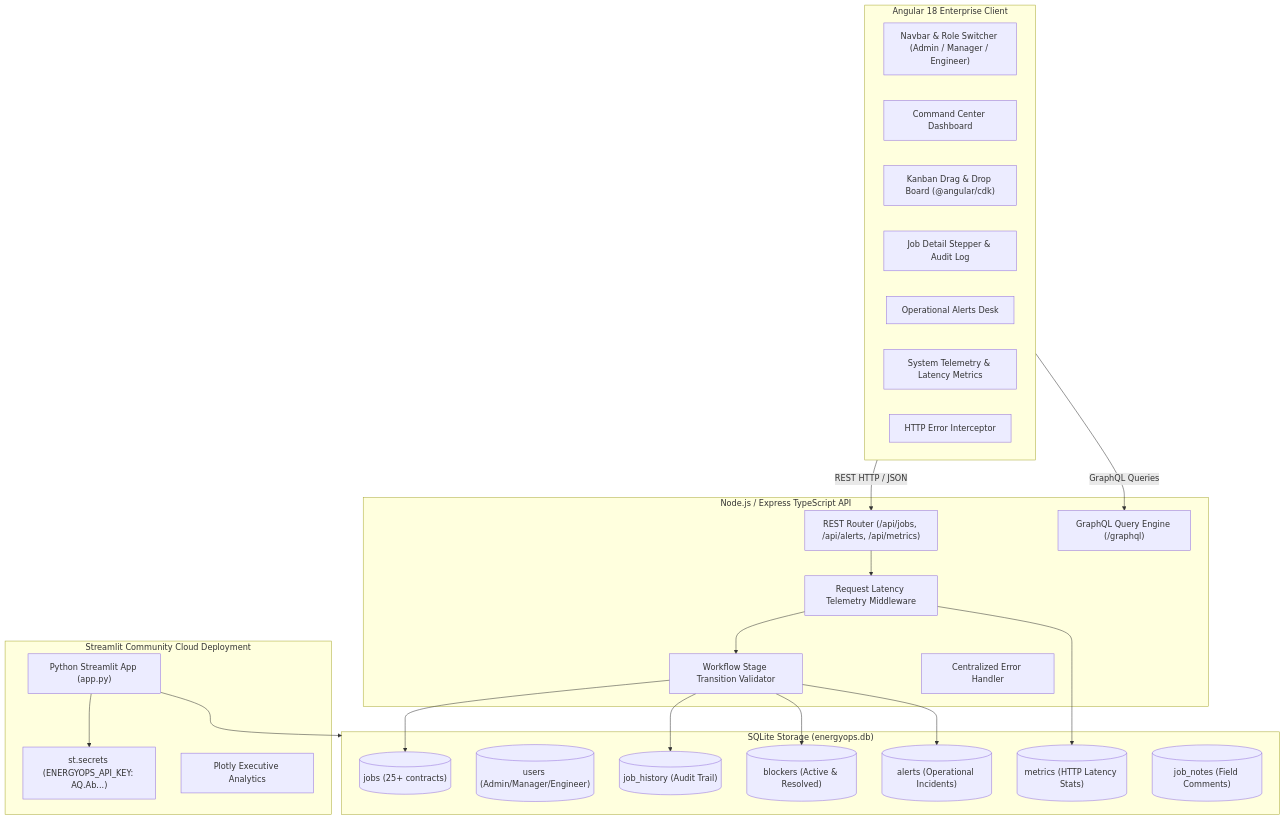
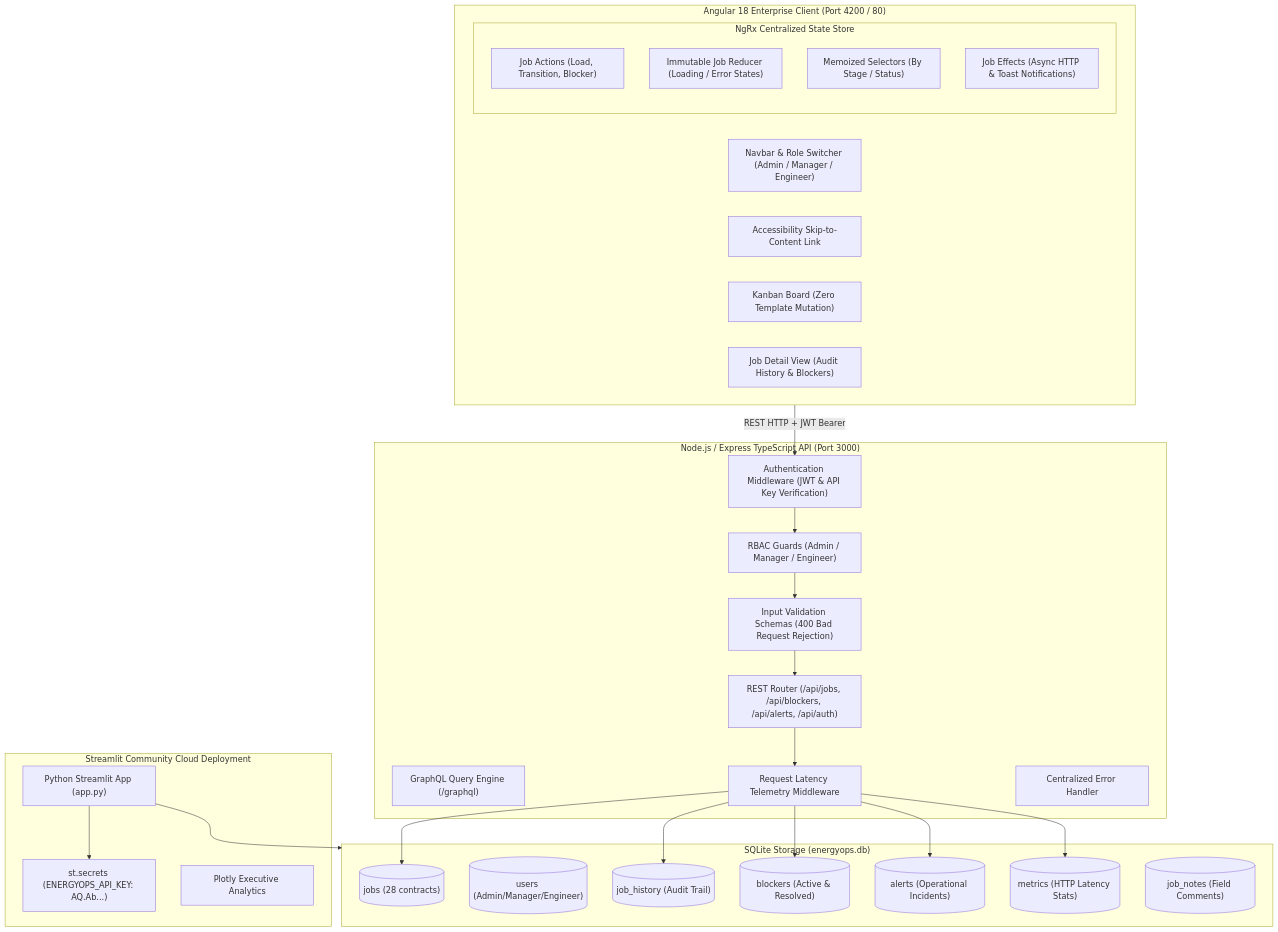
The first of 2 diagrams in README.md (Dhanya562004/energyops-workflow-platform), drawn with Mermaid before and after one commit. The commit also changed other lines of this file and 4 other files, not shown here.

````diff
--- a/README.md
+++ b/README.md
@@ -47,48 +52,54 @@
 ```mermaid
 flowchart TB
     subgraph StreamlitCloud["Streamlit Community Cloud Deployment"]
         stApp["Python Streamlit App (app.py)"]
         stSecrets["st.secrets (ENERGYOPS_API_KEY: AQ.Ab...)"]
         stPlotly["Plotly Executive Analytics"]
     end
 
-    subgraph AngularClient["Angular 18 Enterprise Client"]
+    subgraph AngularClient["Angular 18 Enterprise Client (Port 4200 / 80)"]
         Navbar["Navbar & Role Switcher (Admin / Manager / Engineer)"]
-        Dash["Command Center Dashboard"]
-        Kanban["Kanban Drag & Drop Board (@angular/cdk)"]
-        Detail["Job Detail Stepper & Audit Log"]
-        AlertsUI["Operational Alerts Desk"]
-        MetricsUI["System Telemetry & Latency Metrics"]
-        Interceptor["HTTP Error Interceptor"]
+        SkipLink["Accessibility Skip-to-Content Link"]
+        subgraph NgRxStore["NgRx Centralized State Store"]
+            Actions["Job Actions (Load, Transition, Blocker)"]
+            Reducer["Immutable Job Reducer (Loading / Error States)"]
+            Selectors["Memoized Selectors (By Stage / Status)"]
+            Effects["Job Effects (Async HTTP & Toast Notifications)"]
+        end
+        Kanban["Kanban Board (Zero Template Mutation)"]
+        Detail["Job Detail View (Audit History & Blockers)"]
     end
 
-    subgraph NodeBackend["Node.js / Express TypeScript API"]
-        Router["REST Router (/api/jobs, /api/alerts, /api/metrics)"]
+    subgraph NodeBackend["Node.js / Express TypeScript API (Port 3000)"]
+        AuthMw["Authentication Middleware (JWT & API Key Verification)"]
+        RoleGuard["RBAC Guards (Admin / Manager / Engineer)"]
+        ValMw["Input Validation Schemas (400 Bad Request Rejection)"]
+        Router["REST Router (/api/jobs, /api/blockers, /api/alerts, /api/auth)"]
         GraphQL["GraphQL Query Engine (/graphql)"]
-        Validator["Workflow Stage Transition Validator"]
         MetricsMw["Request Latency Telemetry Middleware"]
         ErrMw["Centralized Error Handler"]
     end
 
     subgraph RelationalDB["SQLite Storage (energyops.db)"]
-        Jobs[("jobs (25+ contracts)")]
+        Jobs[("jobs (28 contracts)")]
         Users[("users (Admin/Manager/Engineer)")]
         History[("job_history (Audit Trail)")]
         Blockers[("blockers (Active & Resolved)")]
         Alerts[("alerts (Operational Incidents)")]
         Metrics[("metrics (HTTP Latency Stats)")]
         Notes[("job_notes (Field Comments)")]
     end
 
     stApp --> stSecrets
     stApp --> RelationalDB
-    AngularClient -->|REST HTTP / JSON| Router
-    AngularClient -->|GraphQL Queries| GraphQL
+    AngularClient -->|REST HTTP + JWT Bearer| AuthMw
+    AuthMw --> RoleGuard
+    RoleGuard --> ValMw
+    ValMw --> Router
     Router --> MetricsMw
-    MetricsMw --> Validator
-    Validator --> Jobs
-    Validator --> History
-    Validator --> Blockers
-    Validator --> Alerts
+    MetricsMw --> Jobs
+    MetricsMw --> History
+    MetricsMw --> Blockers
+    MetricsMw --> Alerts
     MetricsMw --> Metrics
 ```
````
